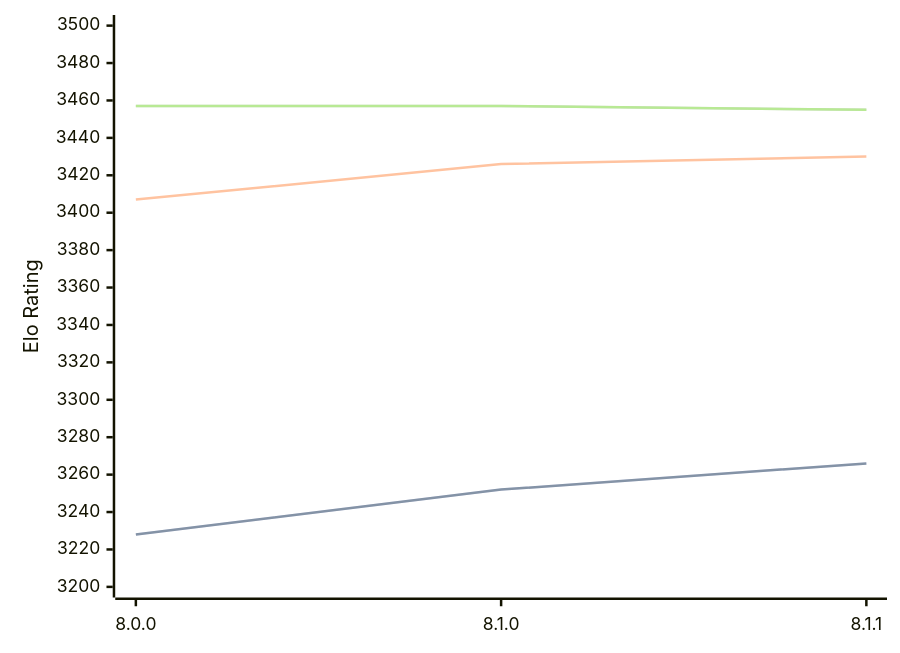
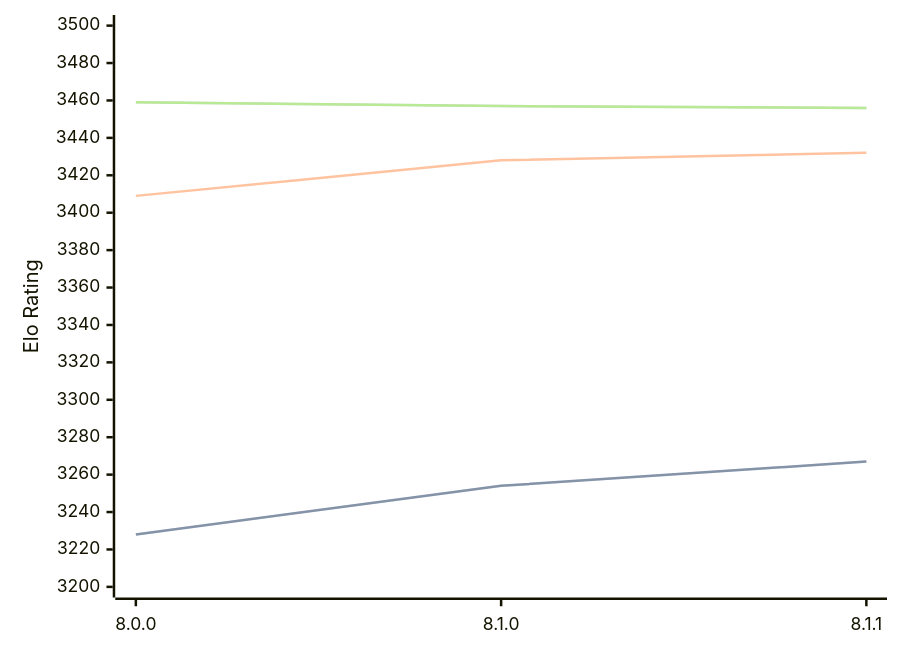
One commit to computer-chess-index/cci changed the first of 3 diagrams in engines/Velvet.md. Above: the diagram before and after it, drawn with Mermaid. The commit also changed other lines of this file, not shown here.

Commit message:
Update CCI Ratings (ELO VLTC) - 2026-06-24

````diff
--- a/engines/Velvet.md
+++ b/engines/Velvet.md
@@ -57,11 +57,11 @@
 ```mermaid
 %%{init: {"theme":"base","themeVariables":{"seriesColors:['#a3a3a3','#222221','#faa371']}}}%%
 xychart-beta
   x-axis ["8.0.0", "8.1.0", "8.1.1"]
   y-axis "Elo Rating" 3200 --> 3500
-  line "STC (8.0+0.08s)" [3228, 3252, 3266]
-  line "STC (8.0+0.08s)" [3228, 3252, 3266]
-  line "LTC (60.0+0.60s)" [3407, 3426, 3430]
-  line "VLTC (2m24s+1.12s)" [3457, 3457, 3455]
-  line "VLTC (2m24s+1.12s)" [3457, 3457, 3455]
+  line "STC (8.0+0.08s)" [3228, 3254, 3267]
+  line "STC (8.0+0.08s)" [3228, 3254, 3267]
+  line "LTC (60.0+0.60s)" [3409, 3428, 3432]
+  line "VLTC (2m24s+1.12s)" [3459, 3457, 3456]
+  line "VLTC (2m24s+1.12s)" [3459, 3457, 3456]
 ```
````
